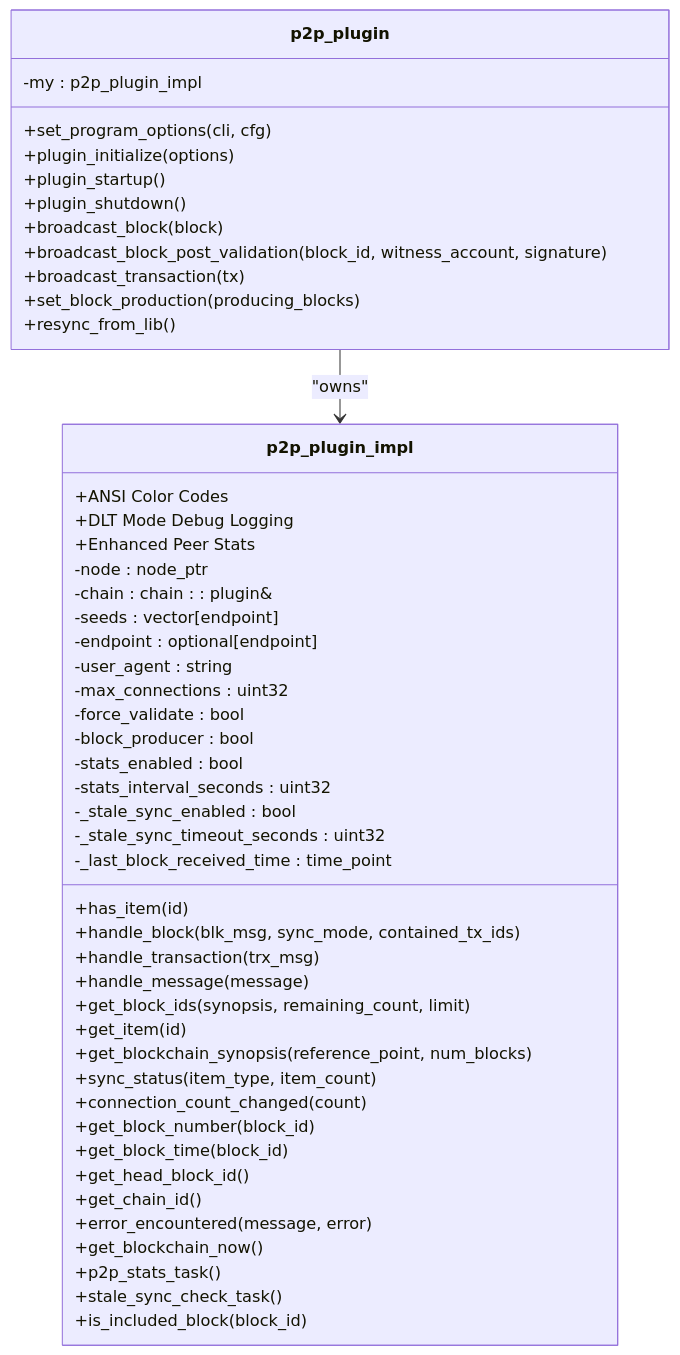
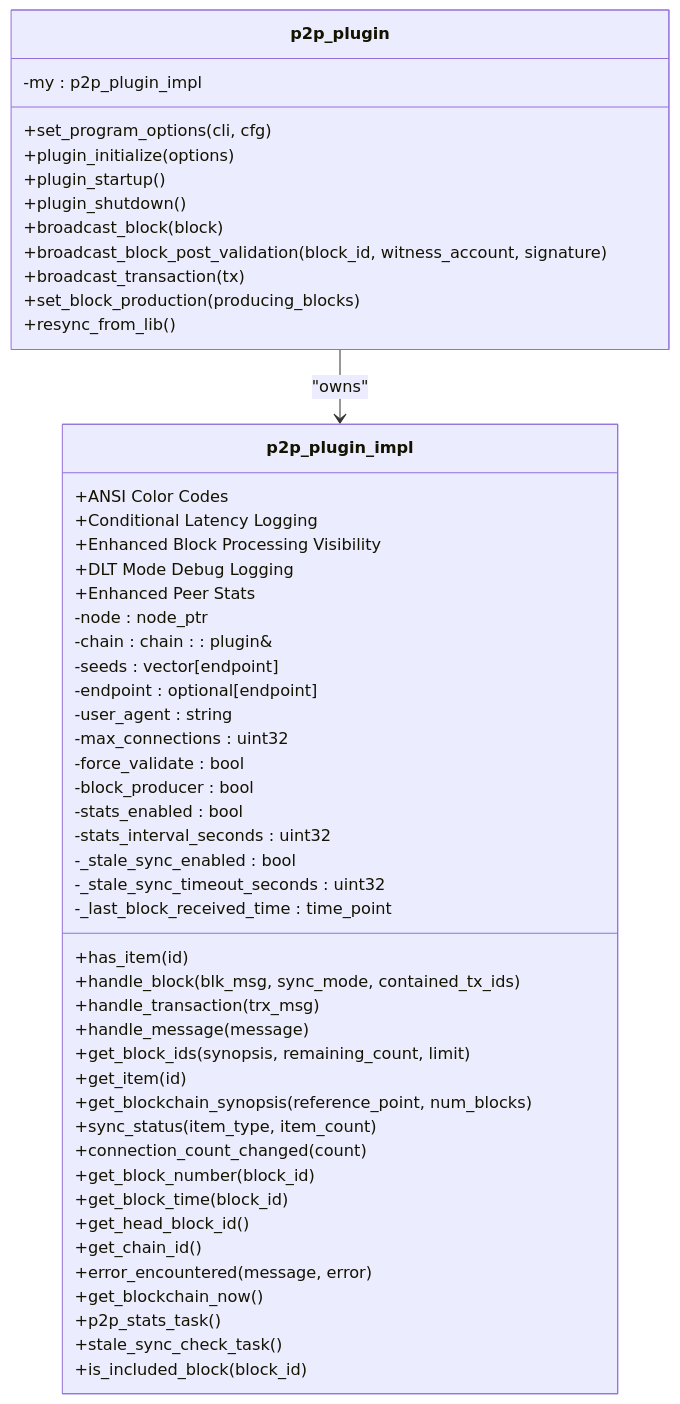
Before and after one commit to VIZ-Blockchain/viz-cpp-node: the second of 37 diagrams in .qoder/repowiki/en/content/P2p Plugin.md, drawn with Mermaid. The commit also changed other lines of this file and 5 other files, not shown here.

````diff
--- a/.qoder/repowiki/en/content/P2p Plugin.md
+++ b/.qoder/repowiki/en/content/P2p Plugin.md
@@ -132,52 +136,54 @@
 ```mermaid
 classDiagram
 class p2p_plugin {
 +set_program_options(cli, cfg)
 +plugin_initialize(options)
 +plugin_startup()
 +plugin_shutdown()
 +broadcast_block(block)
 +broadcast_block_post_validation(block_id, witness_account, signature)
 +broadcast_transaction(tx)
 +set_block_production(producing_blocks)
 +resync_from_lib()
 -my : p2p_plugin_impl
 }
 class p2p_plugin_impl {
 +has_item(id)
 +handle_block(blk_msg, sync_mode, contained_tx_ids)
 +handle_transaction(trx_msg)
 +handle_message(message)
 +get_block_ids(synopsis, remaining_count, limit)
 +get_item(id)
 +get_blockchain_synopsis(reference_point, num_blocks)
 +sync_status(item_type, item_count)
 +connection_count_changed(count)
 +get_block_number(block_id)
 +get_block_time(block_id)
 +get_head_block_id()
 +get_chain_id()
 +error_encountered(message, error)
 +get_blockchain_now()
 +p2p_stats_task()
 +stale_sync_check_task()
 +is_included_block(block_id)
 +ANSI Color Codes
++Conditional Latency Logging
++Enhanced Block Processing Visibility
 +DLT Mode Debug Logging
 +Enhanced Peer Stats
 -node : node_ptr
 -chain : chain : : plugin&
 -seeds : vector[endpoint]
 -endpoint : optional[endpoint]
 -user_agent : string
 -max_connections : uint32
 -force_validate : bool
 -block_producer : bool
 -stats_enabled : bool
 -stats_interval_seconds : uint32
 -_stale_sync_enabled : bool
 -_stale_sync_timeout_seconds : uint32
 -_last_block_received_time : time_point
 }
 p2p_plugin --> p2p_plugin_impl : "owns"
 ```
````
